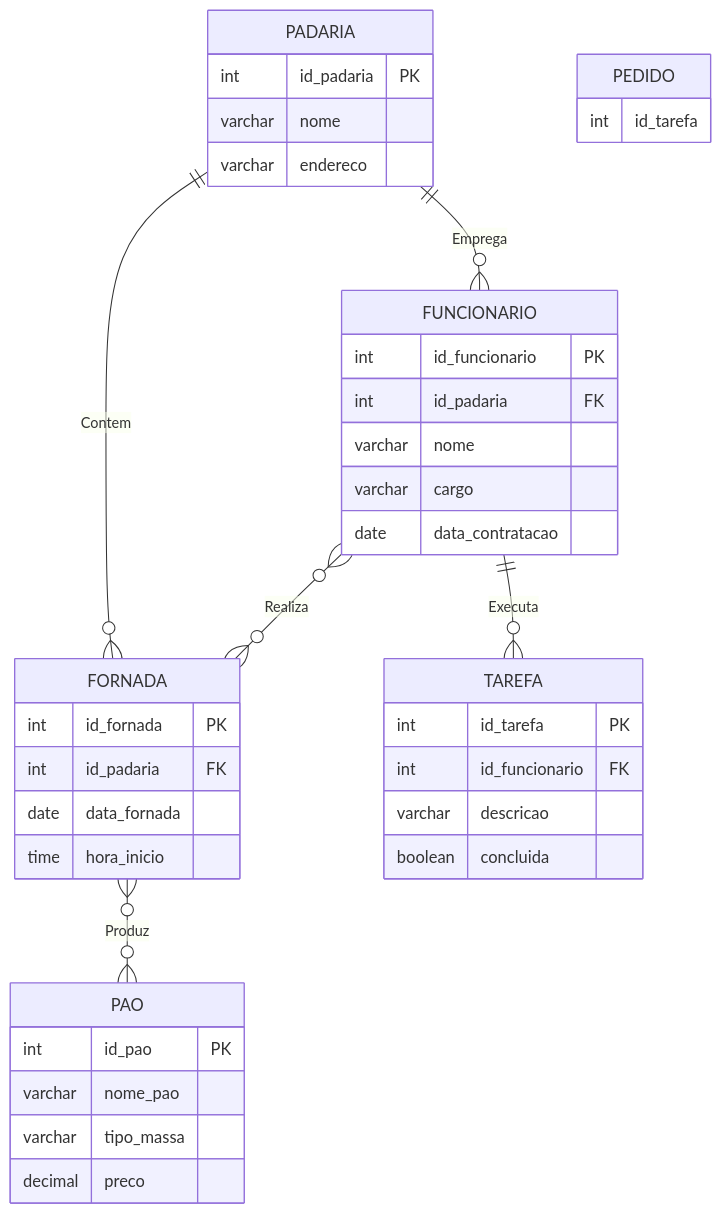
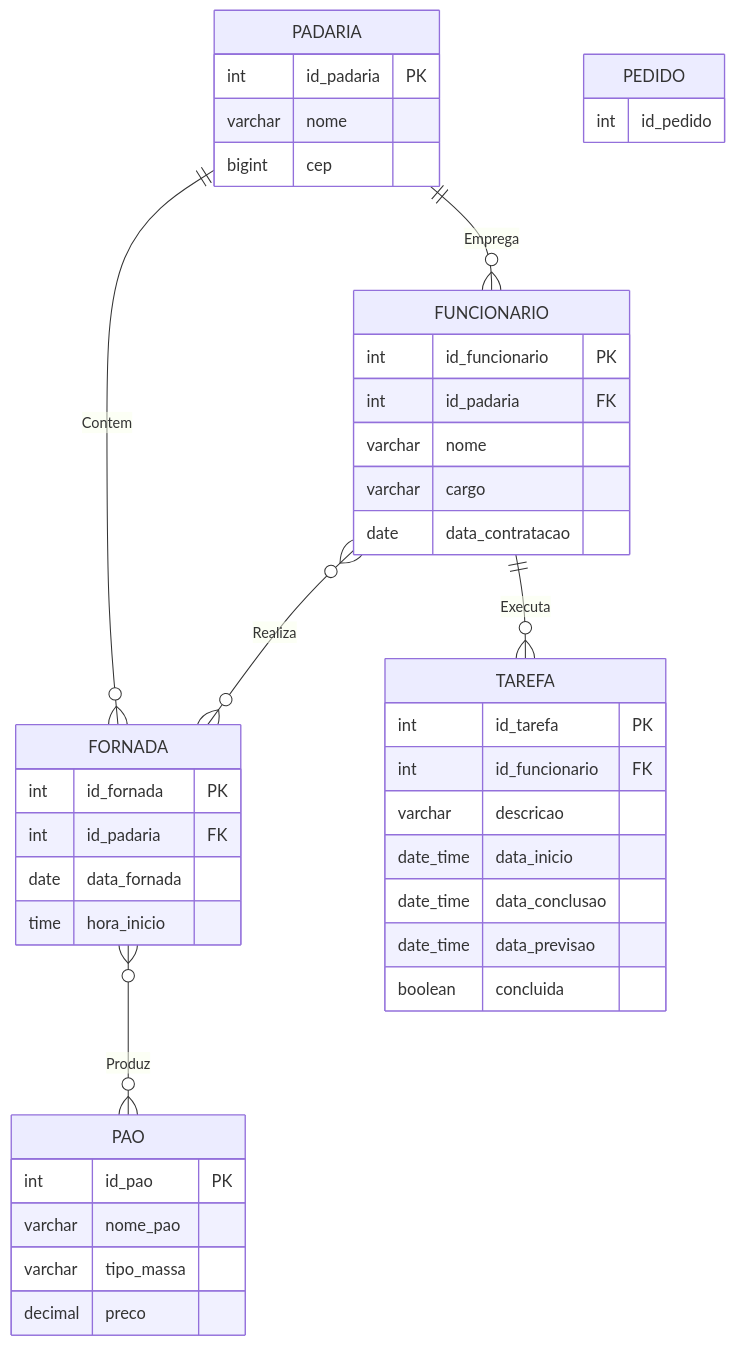
One commit to IsabellyBernardes/DesenvolvimentoSoftwareCorp changed the diagram in README.md. Above: the diagram before and after it, drawn with Mermaid.

````diff
--- a/README.md
+++ b/README.md
@@ -4,62 +4,66 @@
 ```mermaid
 erDiagram
     %% Definição das Entidades (Tabelas) com Atributos
     
     PADARIA {
         int id_padaria PK
         varchar nome
-        varchar endereco
+        bigint cep
     }
     
     FUNCIONARIO {
         int id_funcionario PK
         int id_padaria FK
         varchar nome
         varchar cargo
         date data_contratacao
     }
     
     FORNADA {
         int id_fornada PK
         int id_padaria FK
         date data_fornada
         time hora_inicio
     }
     
     PAO {
         int id_pao PK
         varchar nome_pao
         varchar tipo_massa
         decimal preco
     }
     
     TAREFA {
         int id_tarefa PK
         int id_funcionario FK
         varchar descricao
+        date_time data_inicio
+        date_time data_conclusao
+        date_time data_previsao
         boolean concluida
     }
 
     PEDIDO {
-        int id_tarefa
+        int id_pedido
+        
     }
     
 
     %% Definição dos Relacionamentos
     
     PADARIA ||--o{ FUNCIONARIO : Emprega
     PADARIA ||--o{ FORNADA : Contem
 
     FUNCIONARIO ||--o{ TAREFA : Executa
 
     %% N:N (FORNADA x PÃO) - Uma tabela associativa seria a implementação real
     FORNADA }o--o{ PAO : Produz
 
     %% N:N (FUNCIONARIO x FORNADA) - Uma tabela associativa seria a implementação real
     FUNCIONARIO }o--o{ FORNADA : Realiza
     
     %% Onde:
     %% PK = Primary Key (Chave Primária)
     %% FK = Foreign Key (Chave Estrangeira)
     %% O uso de FK nos atributos conecta logicamente as tabelas.
 ```
````
